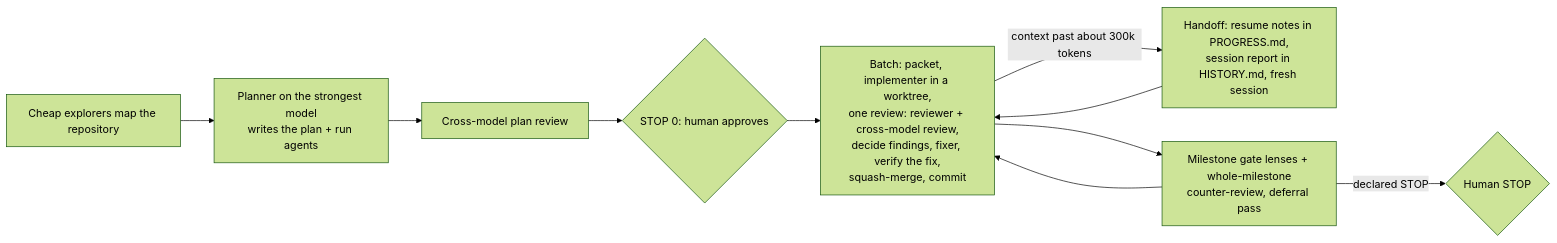
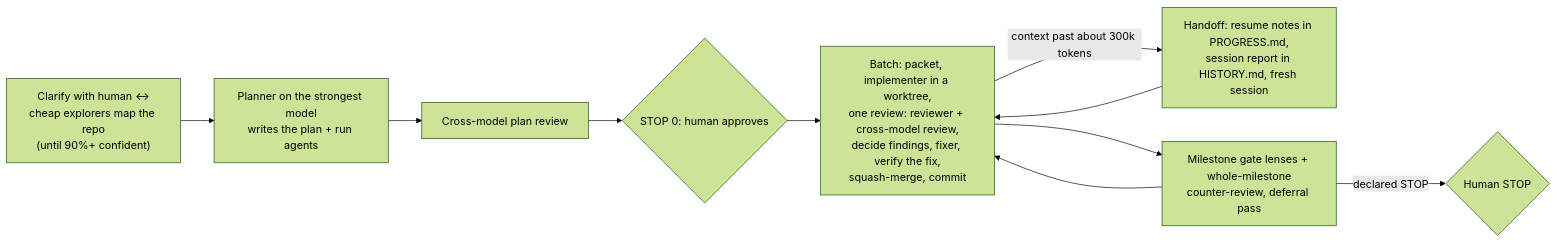
One commit to Aroton/ArchflowV2 changed the second of 3 diagrams in docs/workflow/SKILLS.md. Above: the diagram before and after it, drawn with Mermaid (forest theme). The commit also changed other lines of this file and 3 other files, not shown here.

````diff
--- a/docs/workflow/SKILLS.md
+++ b/docs/workflow/SKILLS.md
@@ -53,12 +53,12 @@
 ```mermaid
 flowchart LR
-  X["Cheap explorers map the repository"] --> P["Planner on the strongest model<br/>writes the plan + run agents"]
+  X["Clarify with human ↔<br/>cheap explorers map the repo<br/>(until 90%+ confident)"] --> P["Planner on the strongest model<br/>writes the plan + run agents"]
   P --> R0["Cross-model plan review"]
   R0 --> S0{"STOP 0: human approves"}
   S0 --> B["Batch: packet, implementer in a worktree,<br/>one review: reviewer + cross-model review,<br/>decide findings, fixer, verify the fix,<br/>squash-merge, commit"]
   B -->|"context past about 300k tokens"| H["Handoff: resume notes in PROGRESS.md,<br/>session report in HISTORY.md, fresh session"]
   H --> B
   B --> G["Milestone gate lenses + whole-milestone<br/>counter-review, deferral pass"]
   G -->|declared STOP| S1{"Human STOP"}
   G --> B
 ```
````
